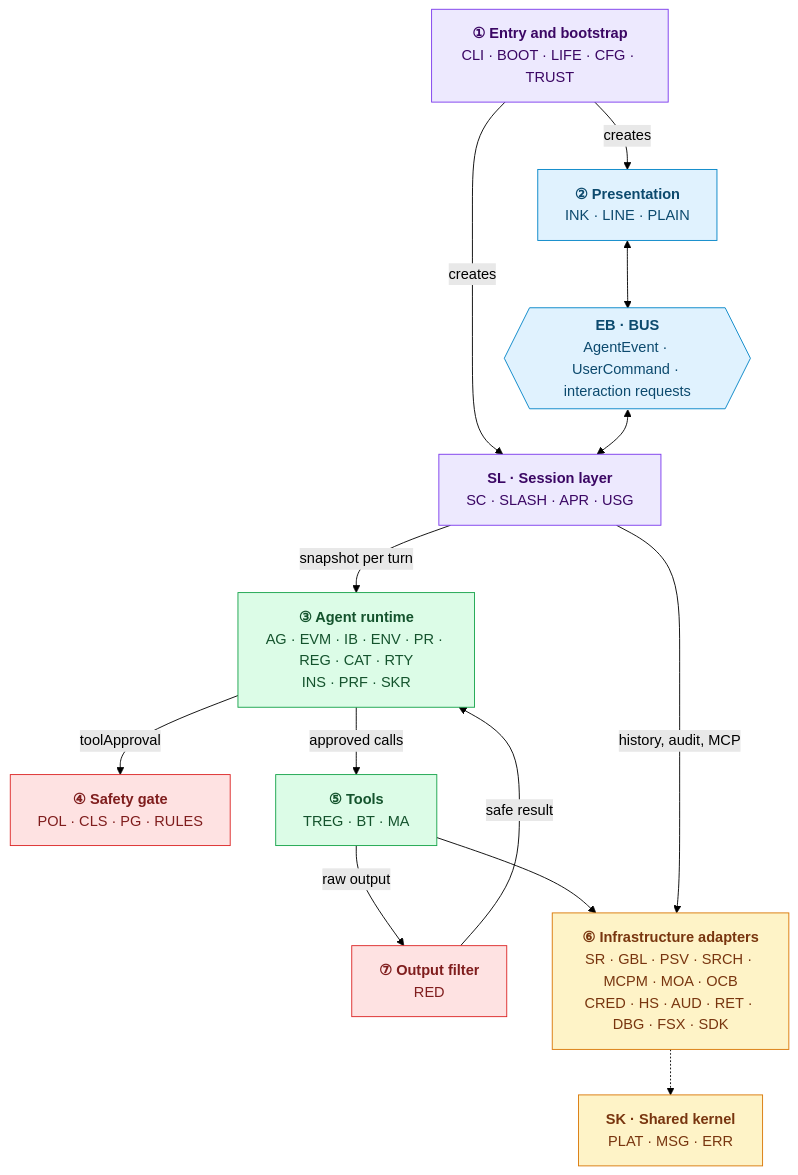
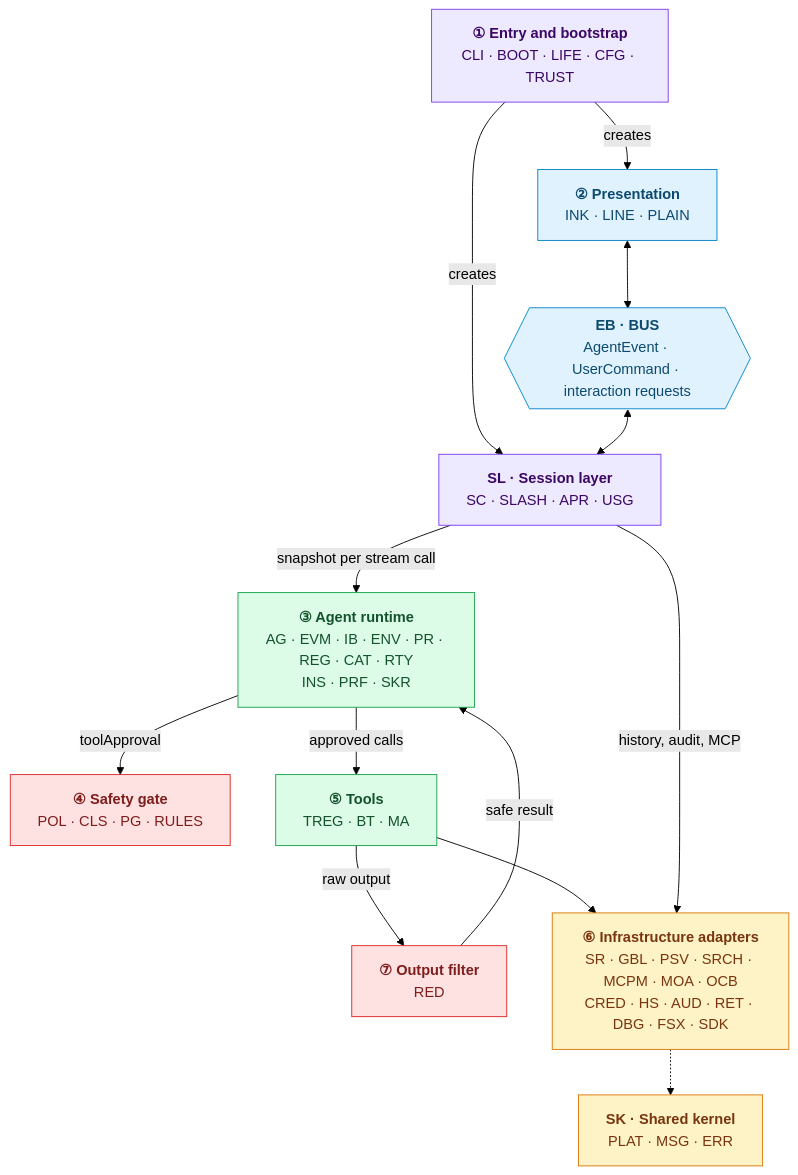
The third of 10 diagrams in docs/Deliverables/01_hld_architecture.md (Dakshnagpal/antai-agent), drawn with Mermaid (forest theme) before and after one commit. The commit also changed other lines of this file and 18 other files, not shown here.

````diff
--- a/docs/Deliverables/01_hld_architecture.md
+++ b/docs/Deliverables/01_hld_architecture.md
@@ -312,35 +333,35 @@
 ```mermaid
 flowchart TB
     L1["<b>① Entry and bootstrap</b><br/>CLI · BOOT · LIFE · CFG · TRUST"]
     L2["<b>② Presentation</b><br/>INK · LINE · PLAIN"]
     EB{{"<b>EB · BUS</b><br/>AgentEvent · UserCommand · interaction requests"}}
     SL["<b>SL · Session layer</b><br/>SC · SLASH · APR · USG"]
     L3["<b>③ Agent runtime</b><br/>AG · EVM · IB · ENV · PR · REG · CAT · RTY<br/>INS · PRF · SKR"]
     L4["<b>④ Safety gate</b><br/>POL · CLS · PG · RULES"]
     L5["<b>⑤ Tools</b><br/>TREG · BT · MA"]
     L7["<b>⑦ Output filter</b><br/>RED"]
     L6["<b>⑥ Infrastructure adapters</b><br/>SR · GBL · PSV · SRCH · MCPM · MOA · OCB<br/>CRED · HS · AUD · RET · DBG · FSX · SDK"]
     SK["<b>SK · Shared kernel</b><br/>PLAT · MSG · ERR"]
     L1 -- "creates" --> L2
     L1 -- "creates" --> SL
     L2 <--> EB
     EB <--> SL
-    SL -- "snapshot per turn" --> L3
+    SL -- "snapshot per stream call" --> L3
     L3 -- "toolApproval" --> L4
     L3 -- "approved calls" --> L5
     L5 --> L6
     L5 -- "raw output" --> L7
     L7 -- "safe result" --> L3
     SL -- "history, audit, MCP" --> L6
     L6 -.-> SK
     classDef ui fill:#e0f2fe,stroke:#0284c7,color:#0c4a6e
     classDef orch fill:#ede9fe,stroke:#7c3aed,color:#3b0764
     classDef core fill:#dcfce7,stroke:#16a34a,color:#14532d
     classDef safety fill:#fee2e2,stroke:#dc2626,color:#7f1d1d
     classDef infra fill:#fef3c7,stroke:#d97706,color:#78350f
     class L2,EB ui
     class L1,SL orch
     class L3,L5 core
     class L4,L7 safety
     class L6,SK infra
 ```
````
